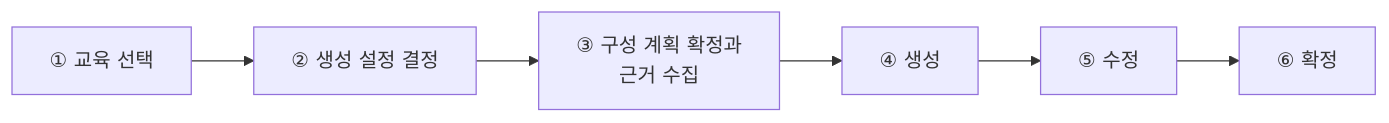
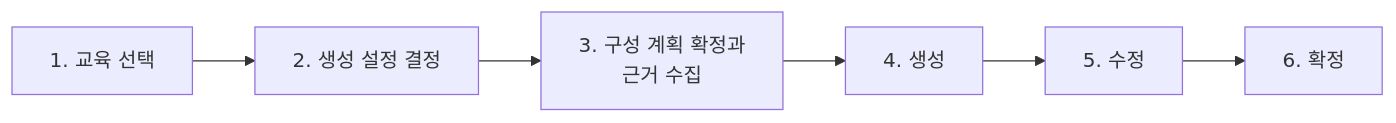
The diagram in docs/edu-material/intro.md (Doc-AI-Agent-development/Doc-AI-Agent-development.github.io), drawn with Mermaid before and after one commit. The commit also changed 1 other file, not shown here.

Commit message:
docs: 생성 파이프라인 절을 문체 규칙에 맞게 재정리
임의로 만든 국면 명명 소제목과 원문자 표기를 없애고 표준 번호 목록으로
되돌린다. 단계 서술은 한 문장 하나의 의미로 나눠 줄이고, 리드의 설계
이유 문장을 삭제한다. 소개 페이지 도식의 원문자도 같은 기준으로 고친다.

````diff
--- a/docs/edu-material/intro.md
+++ b/docs/edu-material/intro.md
@@ -16,8 +16,8 @@
 ```mermaid
 flowchart LR
-  A["① 교육 선택"] --> B["② 생성 설정 결정"]
-  B --> C["③ 구성 계획 확정과<br/>근거 수집"]
-  C --> D["④ 생성"]
-  D --> E["⑤ 수정"]
-  E --> F["⑥ 확정"]
+  A["1. 교육 선택"] --> B["2. 생성 설정 결정"]
+  B --> C["3. 구성 계획 확정과<br/>근거 수집"]
+  C --> D["4. 생성"]
+  D --> E["5. 수정"]
+  E --> F["6. 확정"]
 ```
````
